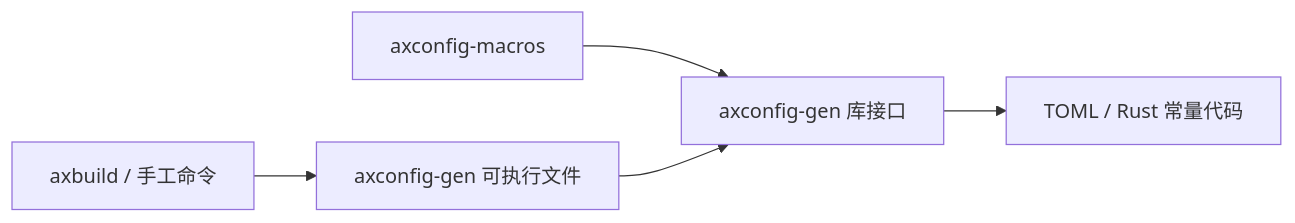
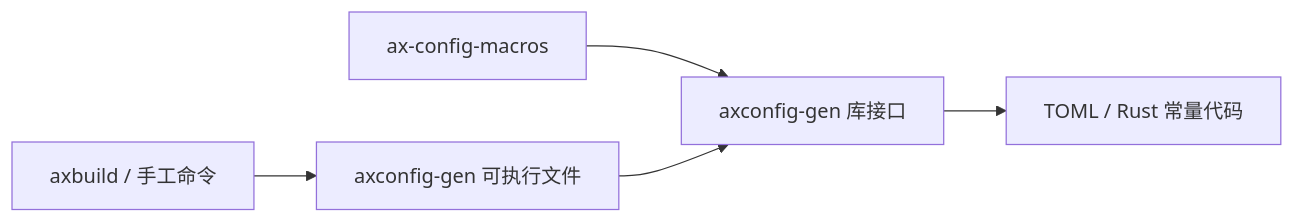
Before and after one commit to zKurisu/tgoskits: the second of 2 diagrams in docs/crates/axconfig-gen.md, drawn with Mermaid. The commit also changed other lines of this file and 75 other files, not shown here.

Commit message:
rename axconfig-macros to ax-config-macros

````diff
--- a/docs/crates/axconfig-gen.md
+++ b/docs/crates/axconfig-gen.md
@@ -90,7 +90,7 @@
 ```mermaid
 graph LR
     cli["axbuild / 手工命令"] --> exe["axconfig-gen 可执行文件"]
-    macros["axconfig-macros"] --> lib["axconfig-gen 库接口"]
+    macros["ax-config-macros"] --> lib["axconfig-gen 库接口"]
     exe --> lib
     lib --> out["TOML / Rust 常量代码"]
 ```
````
